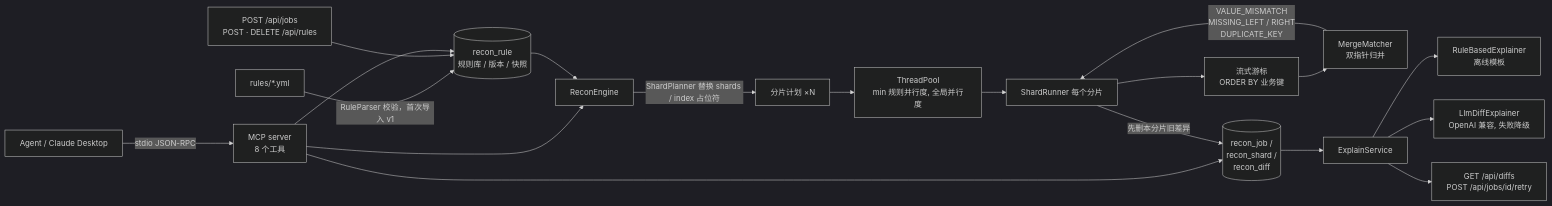
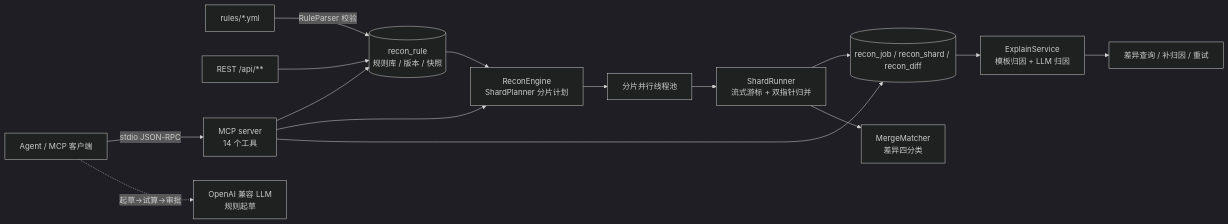
One commit to Dolo-w/recon-lens changed the diagram in README.md. Above: the diagram before and after it, drawn with Mermaid (dark theme). The commit also changed other lines of this file and 10 other files, not shown here.

First line of the commit message:
docs: Agent 接入、DSL/MCP 说明与评审验证记录

````diff
--- a/README.md
+++ b/README.md
@@ -72,21 +54,17 @@
 ```mermaid
 flowchart LR
-    R[rules/*.yml] -->|RuleParser 校验，首次导入 v1| CAT[(recon_rule<br/>规则库 / 版本 / 快照)]
-    API[POST /api/jobs<br/>POST · DELETE /api/rules] --> CAT
-    AGENT[Agent / Claude Desktop] -->|stdio JSON-RPC| MCP[MCP server<br/>8 个工具]
+    R[rules/*.yml] -->|RuleParser 校验| CAT[(recon_rule<br/>规则库 / 版本 / 快照)]
+    API[REST /api/**] --> CAT
+    AGENT[Agent / MCP 客户端] -->|stdio JSON-RPC| MCP[MCP server<br/>14 个工具]
     MCP --> CAT
     MCP --> ENG
     MCP --> DB
-    CAT --> ENG[ReconEngine]
-    ENG -->|ShardPlanner 替换 shards / index 占位符| SP[分片计划 ×N]
-    SP --> POOL[ThreadPool<br/>min 规则并行度, 全局并行度]
-    POOL --> RUN[ShardRunner 每个分片]
-    RUN -->|先删本分片旧差异| DB[(recon_job /<br/>recon_shard /<br/>recon_diff)]
-    RUN --> CUR[流式游标<br/>ORDER BY 业务键]
-    CUR --> MM[MergeMatcher<br/>双指针归并]
-    MM -->|VALUE_MISMATCH<br/>MISSING_LEFT / RIGHT<br/>DUPLICATE_KEY| RUN
-    DB --> EXP[ExplainService]
-    EXP --> TPL[RuleBasedExplainer<br/>离线模板]
-    EXP --> LLM[LlmDiffExplainer<br/>OpenAI 兼容, 失败降级]
-    EXP --> API2[GET /api/diffs<br/>POST /api/jobs/id/retry]
+    CAT --> ENG[ReconEngine<br/>ShardPlanner 分片计划]
+    ENG --> POOL[分片并行线程池]
+    POOL --> RUN[ShardRunner<br/>流式游标 + 双指针归并]
+    RUN --> DB[(recon_job / recon_shard / recon_diff)]
+    RUN --> MM[MergeMatcher<br/>差异四分类]
+    DB --> EXP[ExplainService<br/>模板归因 + LLM 归因]
+    EXP --> API2[差异查询 / 补归因 / 重试]
+    AGENT -.->|起草→试算→审批| LLM[OpenAI 兼容 LLM<br/>规则起草]
 ```
````
